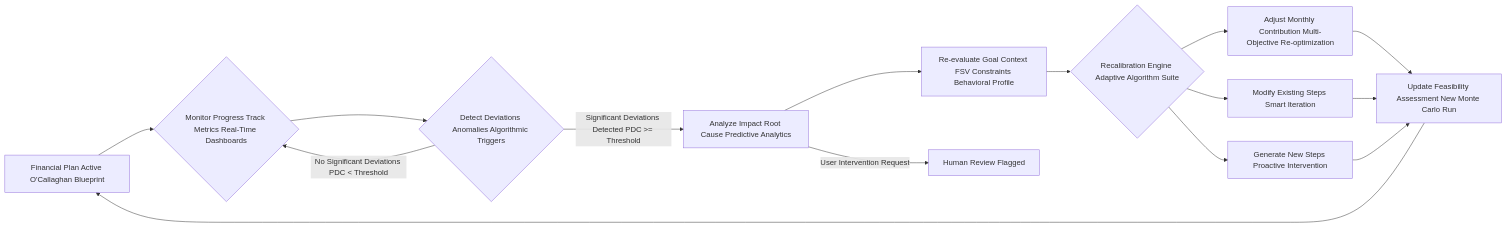
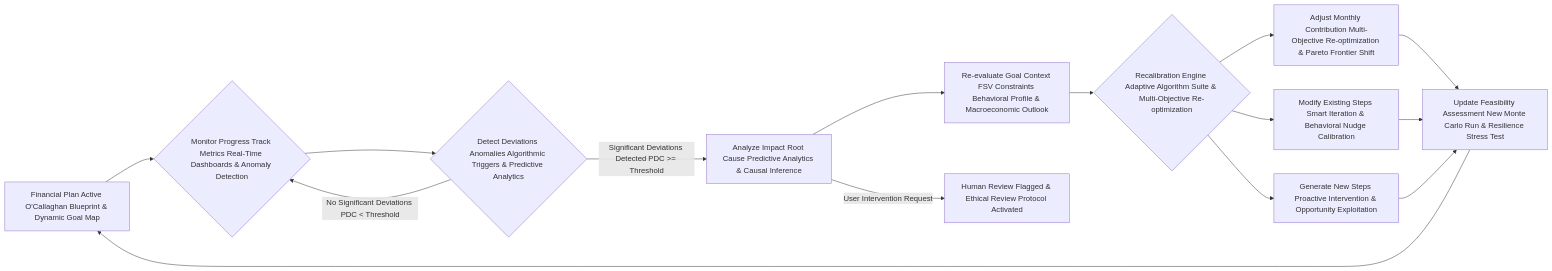
The sixth of 12 diagrams in inventions/004_ai_financial_plan_for_goals/generative_ai_prompt_template.md (diplomat-bit/Citibank_Demo_Business_Inc_Demonstration-), drawn with Mermaid before and after one commit. The commit also changed other lines of this file, not shown here.

Commit message:
[AI] Edit: inventions/004_ai_financial_plan_for_goals/generative_ai_prompt_template.md

````diff
--- a/inventions/004_ai_financial_plan_for_goals/generative_ai_prompt_template.md
+++ b/inventions/004_ai_financial_plan_for_goals/generative_ai_prompt_template.md
@@ -646,15 +664,15 @@
 ```mermaid
 graph LR
-    A[Financial Plan Active O'Callaghan Blueprint] --> B{Monitor Progress Track Metrics Real-Time Dashboards}
-    B --> C{Detect Deviations Anomalies Algorithmic Triggers}
+    A[Financial Plan Active O'Callaghan Blueprint & Dynamic Goal Map] --> B{Monitor Progress Track Metrics Real-Time Dashboards & Anomaly Detection}
+    B --> C{Detect Deviations Anomalies Algorithmic Triggers & Predictive Analytics}
     C -- No Significant Deviations PDC < Threshold --> B
-    C -- Significant Deviations Detected PDC >= Threshold --> D[Analyze Impact Root Cause Predictive Analytics]
-    D --> E[Re-evaluate Goal Context FSV Constraints Behavioral Profile]
-    E --> F{Recalibration Engine Adaptive Algorithm Suite}
-    F --> G[Adjust Monthly Contribution Multi-Objective Re-optimization]
-    F --> H[Modify Existing Steps Smart Iteration]
-    F --> I[Generate New Steps Proactive Intervention]
-    G & H & I --> J[Update Feasibility Assessment New Monte Carlo Run]
+    C -- Significant Deviations Detected PDC >= Threshold --> D[Analyze Impact Root Cause Predictive Analytics & Causal Inference]
+    D --> E[Re-evaluate Goal Context FSV Constraints Behavioral Profile & Macroeconomic Outlook]
+    E --> F{Recalibration Engine Adaptive Algorithm Suite & Multi-Objective Re-optimization}
+    F --> G[Adjust Monthly Contribution Multi-Objective Re-optimization & Pareto Frontier Shift]
+    F --> H[Modify Existing Steps Smart Iteration & Behavioral Nudge Calibration]
+    F --> I[Generate New Steps Proactive Intervention & Opportunity Exploitation]
+    G & H & I --> J[Update Feasibility Assessment New Monte Carlo Run & Resilience Stress Test]
     J --> A
-    D -- User Intervention Request --> Z[Human Review Flagged]
+    D -- User Intervention Request --> Z[Human Review Flagged & Ethical Review Protocol Activated]
 ```
````
